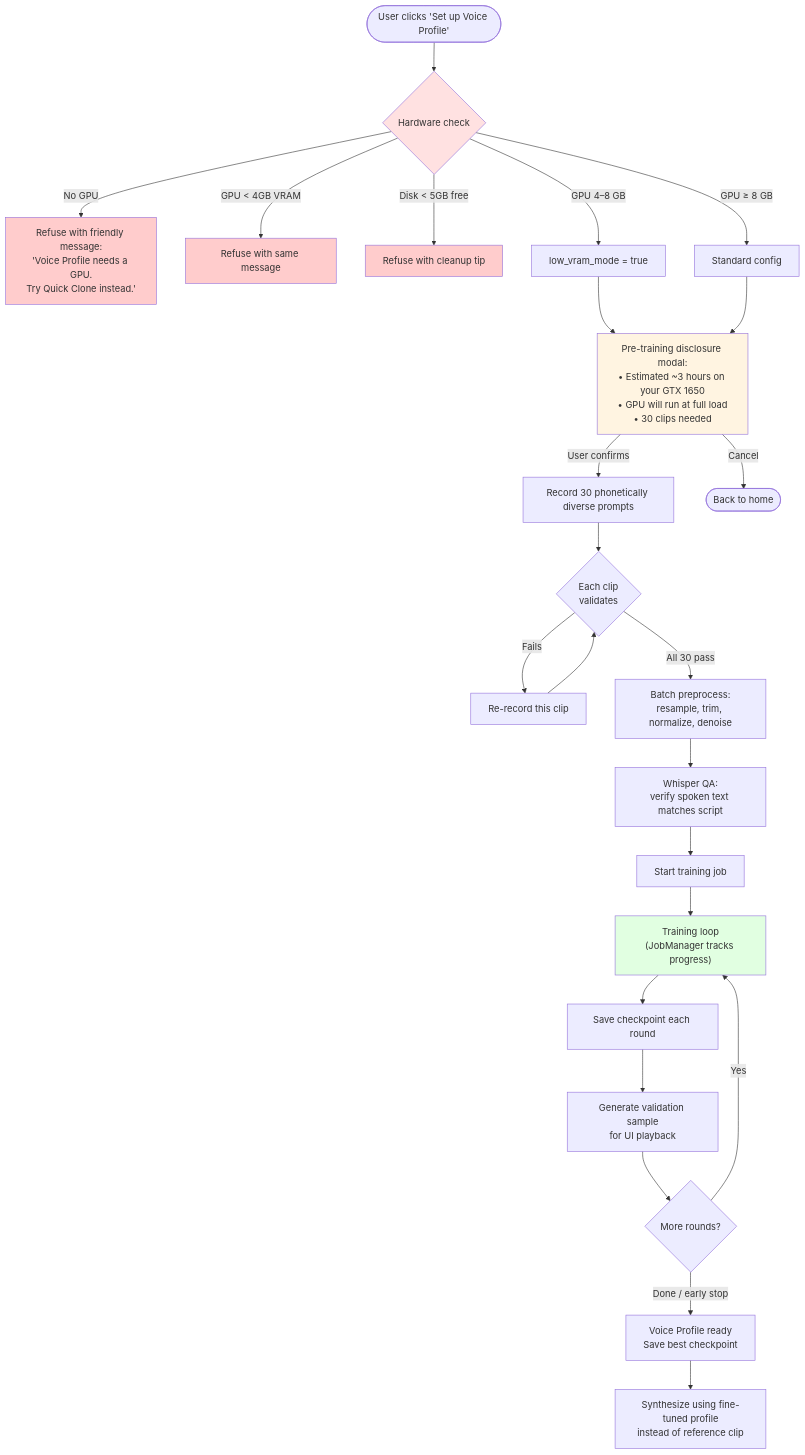
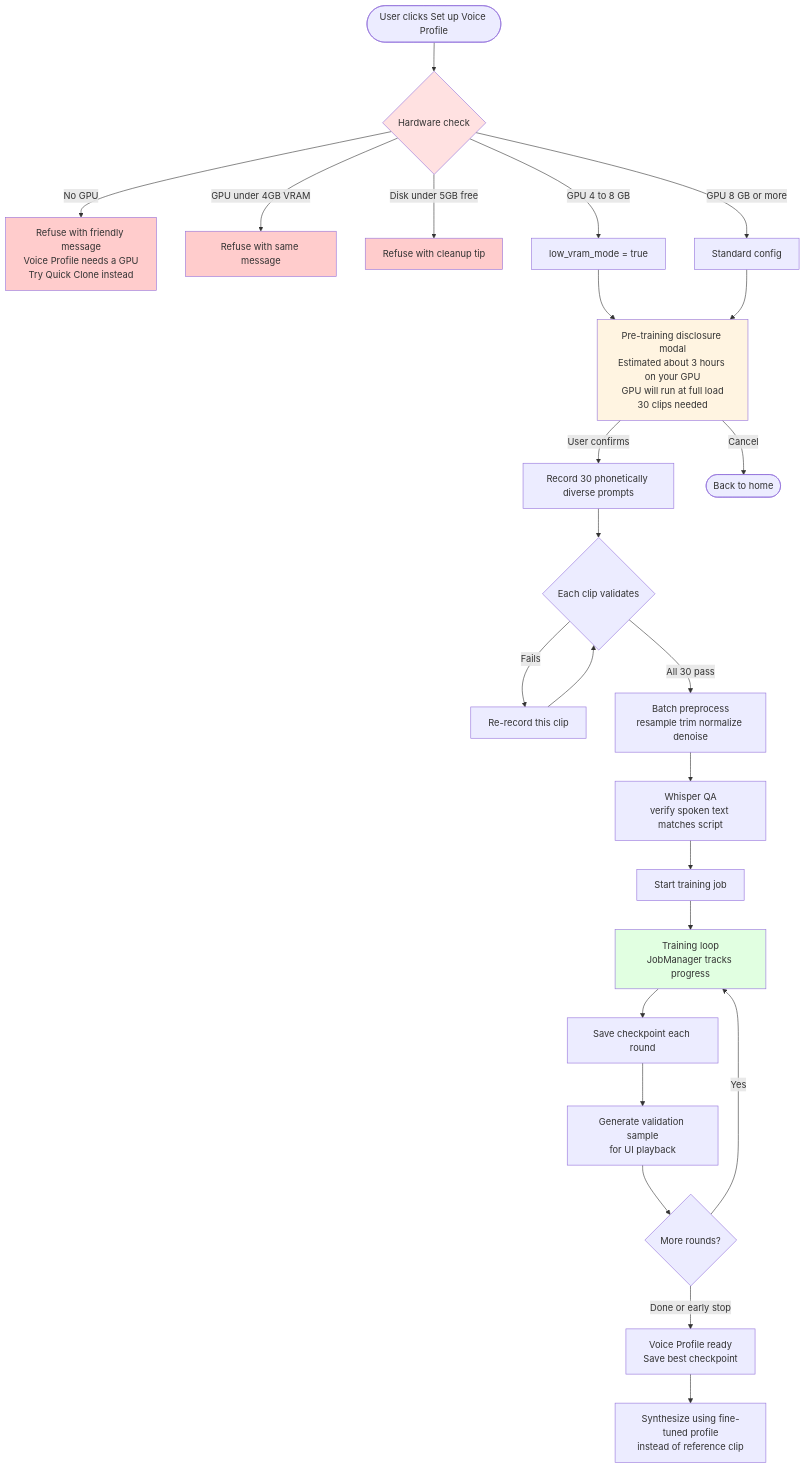
The third of 5 diagrams in README.md (hk2166/Modulizer), drawn with Mermaid before and after one commit. The commit also changed other lines of this file, not shown here.

````diff
--- a/README.md
+++ b/README.md
@@ -127,41 +129,41 @@
 ```mermaid
 flowchart TD
-    Start([User clicks 'Set up Voice Profile']) --> HWCheck{Hardware check}
+    Start(["User clicks Set up Voice Profile"]) --> HWCheck{"Hardware check"}
 
-    HWCheck -->|No GPU| Refuse["Refuse with friendly message:<br/>'Voice Profile needs a GPU.<br/>Try Quick Clone instead.'"]
-    HWCheck -->|GPU < 4GB VRAM| Refuse2["Refuse with same message"]
-    HWCheck -->|Disk < 5GB free| RefuseDisk[Refuse with cleanup tip]
-    HWCheck -->|GPU 4–8 GB| LowVram[low_vram_mode = true]
-    HWCheck -->|GPU ≥ 8 GB| Standard[Standard config]
+    HWCheck -->|No GPU| Refuse["Refuse with friendly message<br/>Voice Profile needs a GPU<br/>Try Quick Clone instead"]
+    HWCheck -->|GPU under 4GB VRAM| Refuse2["Refuse with same message"]
+    HWCheck -->|Disk under 5GB free| RefuseDisk["Refuse with cleanup tip"]
+    HWCheck -->|GPU 4 to 8 GB| LowVram["low_vram_mode = true"]
+    HWCheck -->|GPU 8 GB or more| Standard["Standard config"]
 
     LowVram --> Disclose
     Standard --> Disclose
 
-    Disclose["Pre-training disclosure modal:<br/>• Estimated ~3 hours on your GTX 1650<br/>• GPU will run at full load<br/>• 30 clips needed"]
-    Disclose -->|User confirms| Record30[Record 30 phonetically diverse prompts]
-    Disclose -->|Cancel| End([Back to home])
+    Disclose["Pre-training disclosure modal<br/>Estimated about 3 hours on your GPU<br/>GPU will run at full load<br/>30 clips needed"]
+    Disclose -->|User confirms| Record30["Record 30 phonetically diverse prompts"]
+    Disclose -->|Cancel| End(["Back to home"])
 
-    Record30 --> ValLoop{Each clip<br/>validates}
-    ValLoop -->|Fails| Reread[Re-record this clip]
+    Record30 --> ValLoop{"Each clip validates"}
+    ValLoop -->|Fails| Reread["Re-record this clip"]
     Reread --> ValLoop
-    ValLoop -->|All 30 pass| Preprocess[Batch preprocess:<br/>resample, trim, normalize, denoise]
+    ValLoop -->|All 30 pass| Preprocess["Batch preprocess<br/>resample trim normalize denoise"]
 
-    Preprocess --> Transcribe[Whisper QA:<br/>verify spoken text matches script]
-    Transcribe --> StartTrain[Start training job]
+    Preprocess --> Transcribe["Whisper QA<br/>verify spoken text matches script"]
+    Transcribe --> StartTrain["Start training job"]
 
-    StartTrain --> TrainLoop["Training loop<br/>(JobManager tracks progress)"]
-    TrainLoop --> Checkpoint[Save checkpoint each round]
-    Checkpoint --> Preview[Generate validation sample<br/>for UI playback]
-    Preview --> Continue{More rounds?}
+    StartTrain --> TrainLoop["Training loop<br/>JobManager tracks progress"]
+    TrainLoop --> Checkpoint["Save checkpoint each round"]
+    Checkpoint --> Preview["Generate validation sample<br/>for UI playback"]
+    Preview --> Continue{"More rounds?"}
     Continue -->|Yes| TrainLoop
-    Continue -->|Done / early stop| Done["Voice Profile ready<br/>Save best checkpoint"]
+    Continue -->|Done or early stop| Done["Voice Profile ready<br/>Save best checkpoint"]
 
-    Done --> Use[Synthesize using fine-tuned profile<br/>instead of reference clip]
+    Done --> Use["Synthesize using fine-tuned profile<br/>instead of reference clip"]
 
     style HWCheck fill:#ffe1e1
     style Disclose fill:#fff4e1
     style TrainLoop fill:#e1ffe1
     style Refuse fill:#ffcccc
     style Refuse2 fill:#ffcccc
     style RefuseDisk fill:#ffcccc
 ```
````
